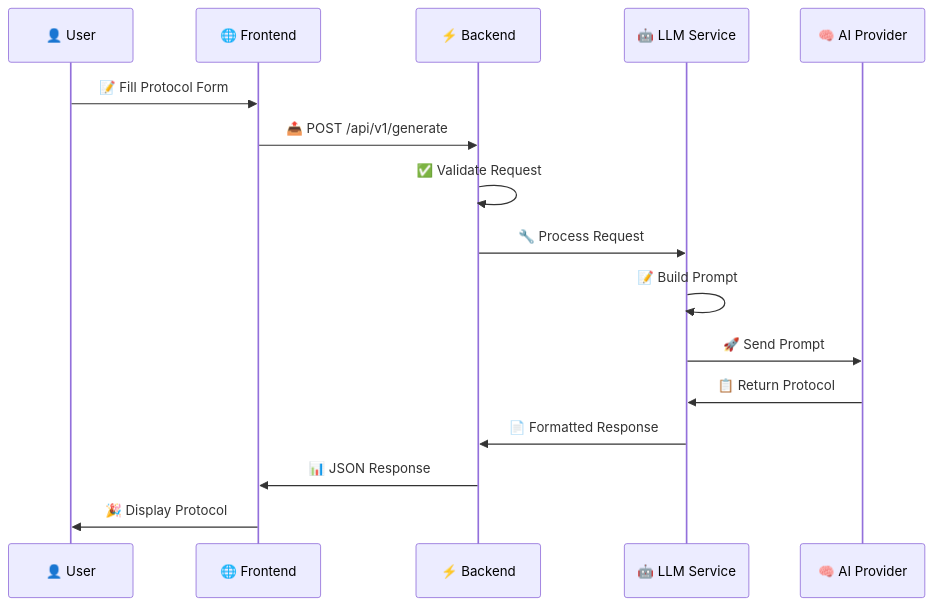
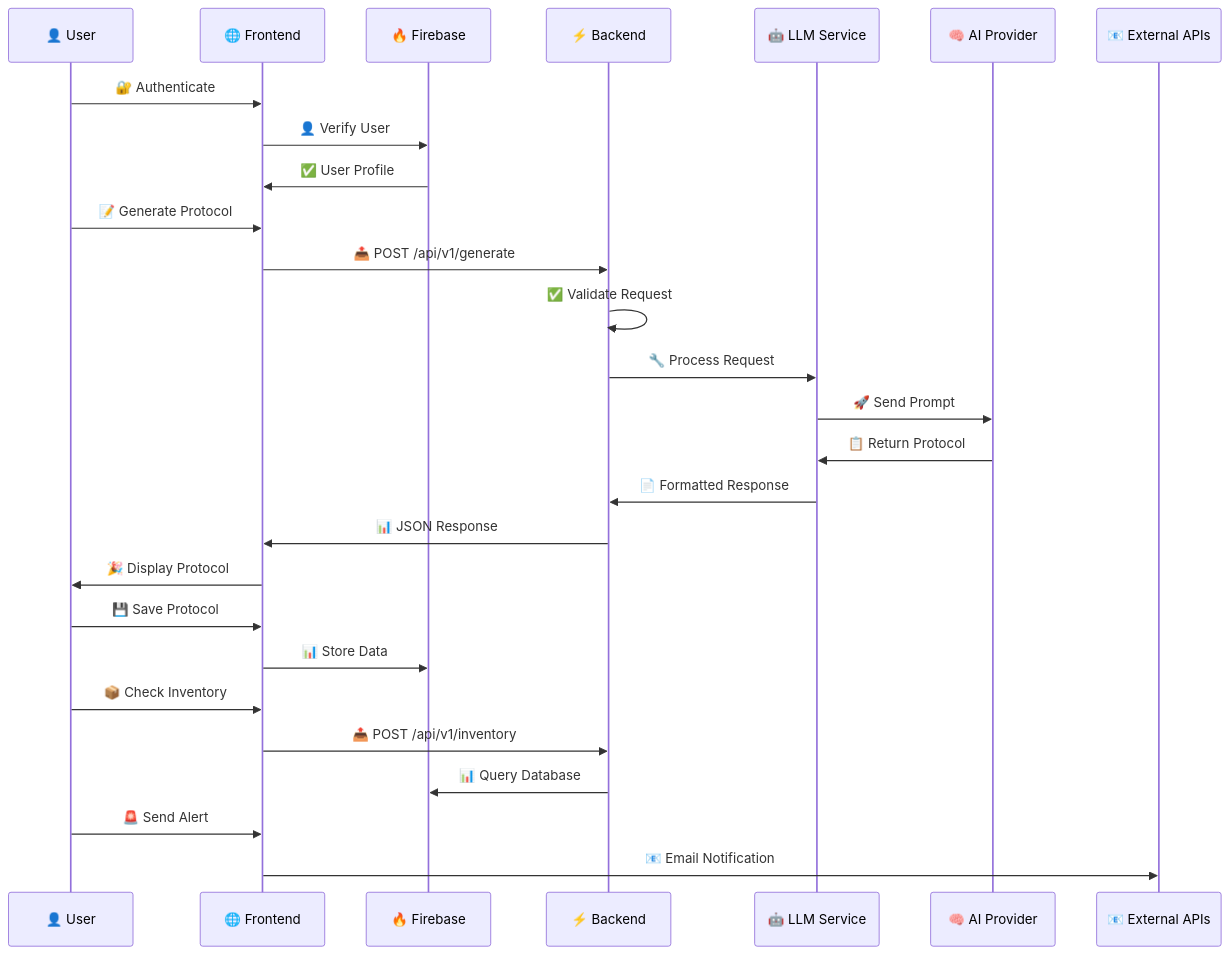
Before and after one commit to AshwithoutCash/ProtoGen: the second of 5 diagrams in README.md, drawn with Mermaid. The commit also changed other lines of this file and 43 other files, not shown here.

````diff
--- a/README.md
+++ b/README.md
@@ -105,19 +218,34 @@
 ```mermaid
 sequenceDiagram
     participant 👤 User
     participant 🌐 Frontend
+    participant 🔥 Firebase
     participant ⚡ Backend
     participant 🤖 LLM Service
     participant 🧠 AI Provider
+    participant 📧 External APIs
     
-    👤 User->>🌐 Frontend: 📝 Fill Protocol Form
+    👤 User->>🌐 Frontend: 🔐 Authenticate
+    🌐 Frontend->>🔥 Firebase: 👤 Verify User
+    🔥 Firebase->>🌐 Frontend: ✅ User Profile
+    
+    👤 User->>🌐 Frontend: 📝 Generate Protocol
     🌐 Frontend->>⚡ Backend: 📤 POST /api/v1/generate
     ⚡ Backend->>⚡ Backend: ✅ Validate Request
     ⚡ Backend->>🤖 LLM Service: 🔧 Process Request
-    🤖 LLM Service->>🤖 LLM Service: 📝 Build Prompt
     🤖 LLM Service->>🧠 AI Provider: 🚀 Send Prompt
     🧠 AI Provider->>🤖 LLM Service: 📋 Return Protocol
     🤖 LLM Service->>⚡ Backend: 📄 Formatted Response
     ⚡ Backend->>🌐 Frontend: 📊 JSON Response
     🌐 Frontend->>👤 User: 🎉 Display Protocol
+    
+    👤 User->>🌐 Frontend: 💾 Save Protocol
+    🌐 Frontend->>🔥 Firebase: 📊 Store Data
+    
+    👤 User->>🌐 Frontend: 📦 Check Inventory
+    🌐 Frontend->>⚡ Backend: 📤 POST /api/v1/inventory
+    ⚡ Backend->>🔥 Firebase: 📊 Query Database
+    
+    👤 User->>🌐 Frontend: 🚨 Send Alert
+    🌐 Frontend->>📧 External APIs: 📧 Email Notification
 ```
````
